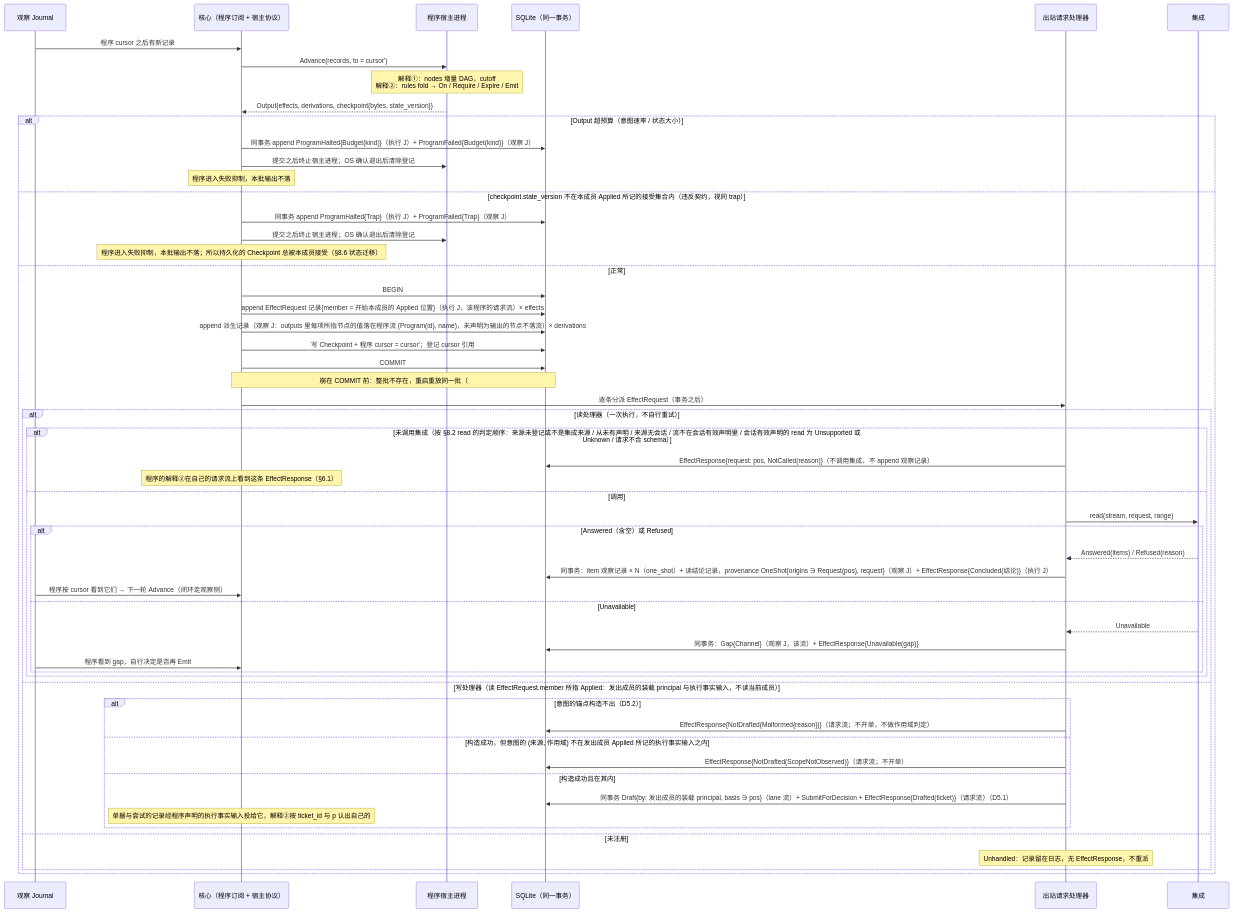
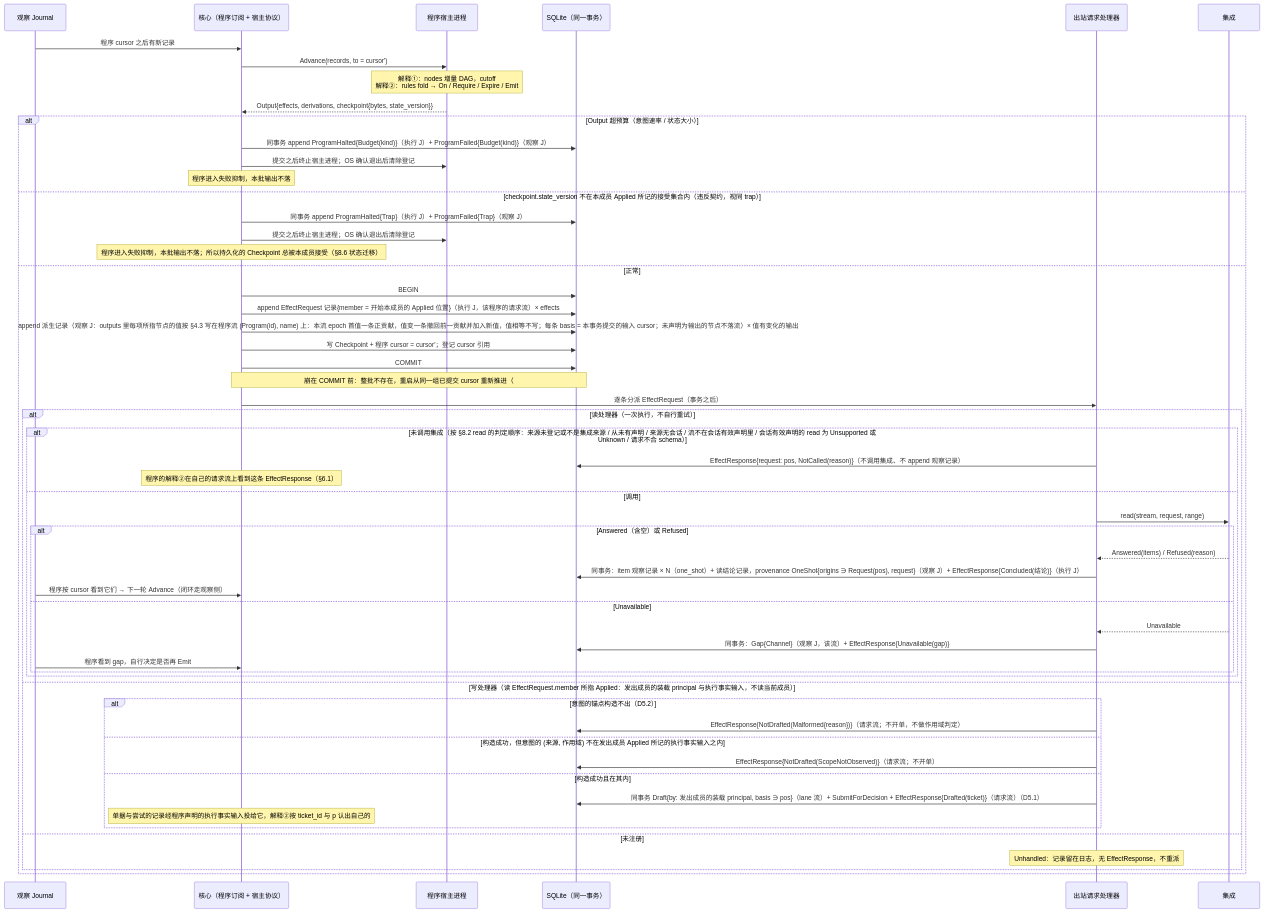
The first of 3 diagrams in design/diagrams/04-program-host.md (mouriya-s-lab/uta), drawn with Mermaid before and after one commit. The commit also changed other lines of this file and 14 other files, not shown here.

````diff
--- a/design/diagrams/04-program-host.md
+++ b/design/diagrams/04-program-host.md
@@ -9,58 +9,58 @@
 ```mermaid
 sequenceDiagram
   participant J as 观察 Journal
   participant C as 核心（程序订阅 + 宿主协议）
   participant H as 程序宿主进程
   participant DB as SQLite（同一事务）
   participant O as 出站请求处理器
   participant I as 集成
   J->>C: 程序 cursor 之后有新记录
   C->>H: Advance(records, to = cursor')
   Note over H: 解释①：nodes 增量 DAG，cutoff<br/>解释②：rules fold → On / Require / Expire / Emit
   H-->>C: Output{effects, derivations, checkpoint{bytes, state_version}}
   alt Output 超预算（意图速率 / 状态大小）
     C->>DB: 同事务 append ProgramHalted{Budget(kind)}（执行 J）+ ProgramFailed{Budget(kind)}（观察 J）
     C->>H: 提交之后终止宿主进程；OS 确认退出后清除登记
     Note over C: 程序进入失败抑制，本批输出不落
   else checkpoint.state_version 不在本成员 Applied 所记的接受集合内（违反契约，视同 trap）
     C->>DB: 同事务 append ProgramHalted{Trap}（执行 J）+ ProgramFailed{Trap}（观察 J）
     C->>H: 提交之后终止宿主进程；OS 确认退出后清除登记
     Note over C: 程序进入失败抑制，本批输出不落；所以持久化的 Checkpoint 总被本成员接受（§8.6 状态迁移）
   else 正常
     C->>DB: BEGIN
     C->>DB: append EffectRequest 记录{member = 开始本成员的 Applied 位置}（执行 J，该程序的请求流）× effects
-    C->>DB: append 派生记录（观察 J：outputs 里每项所指节点的值落在程序流 (Program(id), name)，未声明为输出的节点不落流）× derivations
+    C->>DB: append 派生记录（观察 J：outputs 里每项所指节点的值按 §4.3 写在程序流 (Program(id), name) 上：本流 epoch 首值一条正贡献，值变一条撤回前一贡献并加入新值，值相等不写；每条 basis = 本事务提交的输入 cursor；未声明为输出的节点不落流）× 值有变化的输出
     C->>DB: 写 Checkpoint + 程序 cursor = cursor'；登记 cursor 引用
     C->>DB: COMMIT
-    Note over C,DB: 崩在 COMMIT 前：整批不存在，重启重放同一批（#16）
+    Note over C,DB: 崩在 COMMIT 前：整批不存在，重启从同一组已提交 cursor 重新推进（#16）
     C->>O: 逐条分派 EffectRequest（事务之后）
     alt 读处理器（一次执行，不自行重试）
       alt 未调用集成（按 §8.2 read 的判定顺序：来源未登记或不是集成来源 / 从未有声明 / 来源无会话 / 流不在会话有效声明里 / 会话有效声明的 read 为 Unsupported 或 Unknown / 请求不合 schema）
         O->>DB: EffectResponse{request: pos, NotCalled(reason)}（不调用集成、不 append 观察记录）
         Note over C: 程序的解释②在自己的请求流上看到这条 EffectResponse（§6.1）
       else 调用
         O->>I: read(stream, request, range)
         alt Answered（含空）或 Refused
           I-->>O: Answered(items) / Refused(reason)
           O->>DB: 同事务：item 观察记录 × N（one_shot）+ 读结论记录，provenance OneShot{origins ∋ Request(pos), request}（观察 J）+ EffectResponse{Concluded(结论)}（执行 J）
           J->>C: 程序按 cursor 看到它们 → 下一轮 Advance（闭环走观察侧）
         else Unavailable
           I-->>O: Unavailable
           O->>DB: 同事务：Gap{Channel}（观察 J，该流）+ EffectResponse{Unavailable(gap)}
           J->>C: 程序看到 gap，自行决定是否再 Emit
         end
       end
     else 写处理器（读 EffectRequest.member 所指 Applied：发出成员的装载 principal 与执行事实输入，不读当前成员）
       alt 意图的锚点构造不出（D5.2）
         O->>DB: EffectResponse{NotDrafted(Malformed{reason})}（请求流；不开单，不做作用域判定）
       else 构造成功，但意图的 (来源, 作用域) 不在发出成员 Applied 所记的执行事实输入之内
         O->>DB: EffectResponse{NotDrafted(ScopeNotObserved)}（请求流；不开单）
       else 构造成功且在其内
         O->>DB: 同事务 Draft{by: 发出成员的装载 principal, basis ∋ pos}（lane 流）+ SubmitForDecision + EffectResponse{Drafted(ticket)}（请求流）（D5.1）
         Note over C: 单据与尝试的记录经程序声明的执行事实输入投给它，解释②按 ticket_id 与 p 认出自己的
       end
     else 未注册
       Note over O: Unhandled：记录留在日志，无 EffectResponse，不重派
     end
   end
 ```
````
